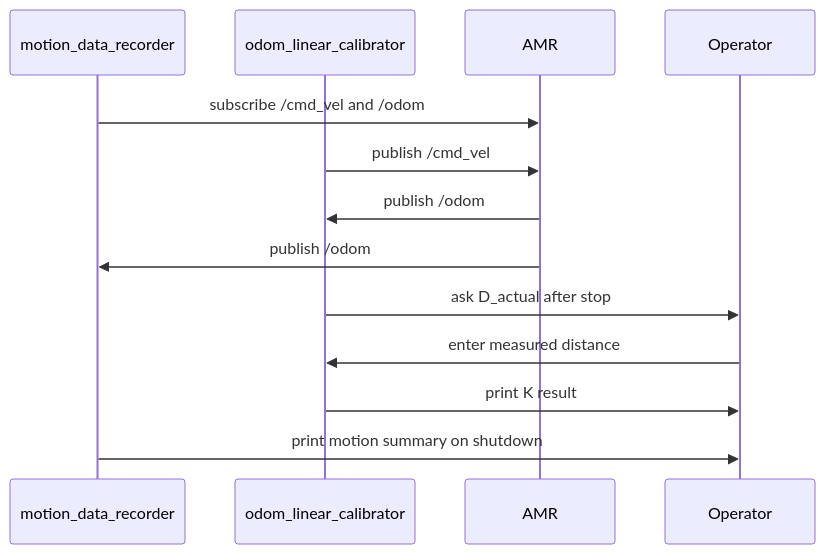
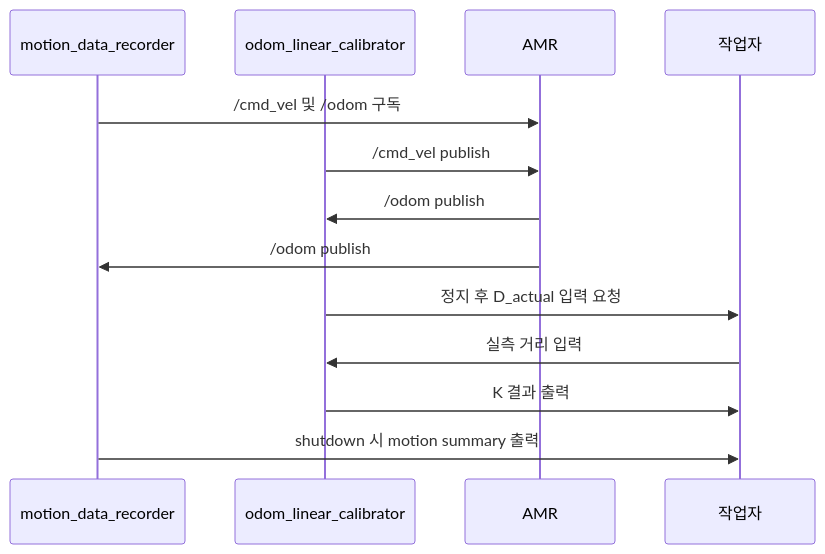
One commit to grade-e/odometry-calibrator changed the seventh of 7 diagrams in src/odometry_calibrator/docs/usage_and_architecture.md. Above: the diagram before and after it, drawn with Mermaid. The commit also changed other lines of this file and 2 other files, not shown here.

````diff
--- a/src/odometry_calibrator/docs/usage_and_architecture.md
+++ b/src/odometry_calibrator/docs/usage_and_architecture.md
@@ -381,16 +381,16 @@
 ```mermaid
 sequenceDiagram
     participant Rec as motion_data_recorder
     participant Cal as odom_linear_calibrator
     participant Robot as AMR
-    participant User as Operator
+    participant User as 작업자
 
-    Rec->>Robot: subscribe /cmd_vel and /odom
-    Cal->>Robot: publish /cmd_vel
-    Robot->>Cal: publish /odom
-    Robot->>Rec: publish /odom
-    Cal->>User: ask D_actual after stop
-    User->>Cal: enter measured distance
-    Cal->>User: print K result
-    Rec->>User: print motion summary on shutdown
+    Rec->>Robot: /cmd_vel 및 /odom 구독
+    Cal->>Robot: /cmd_vel publish
+    Robot->>Cal: /odom publish
+    Robot->>Rec: /odom publish
+    Cal->>User: 정지 후 D_actual 입력 요청
+    User->>Cal: 실측 거리 입력
+    Cal->>User: K 결과 출력
+    Rec->>User: shutdown 시 motion summary 출력
 ```
````
